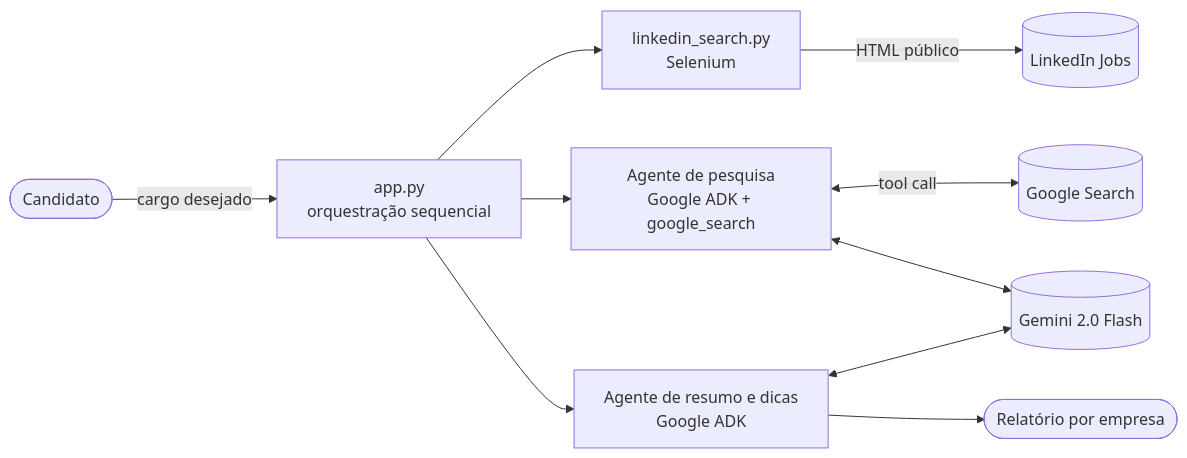
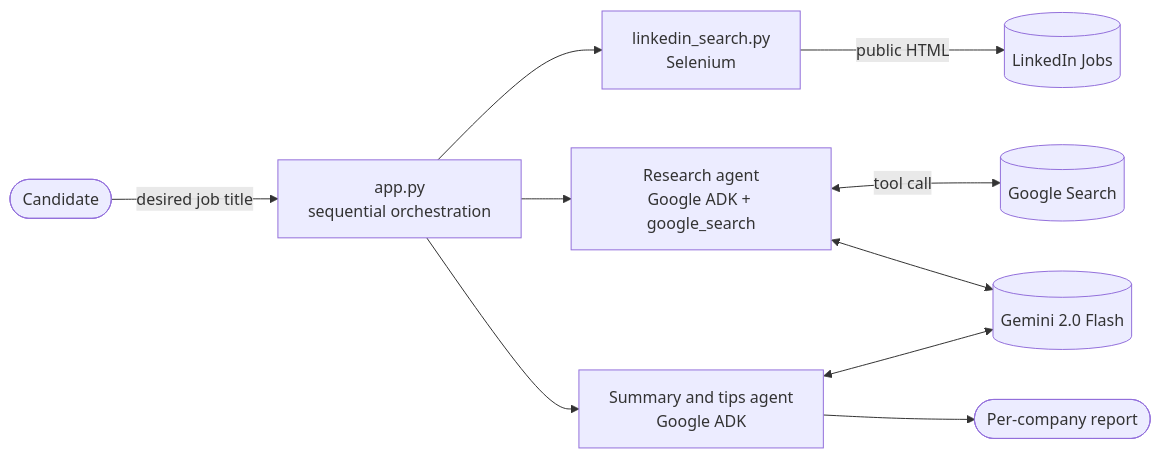
Before and after one commit to dgmodesto/ai-find-job-flow: the first of 2 diagrams in README.md, drawn with Mermaid. The commit also changed other lines of this file, not shown here.

````diff
--- a/README.md
+++ b/README.md
@@ -9,11 +9,11 @@
 ```mermaid
 flowchart LR
-    U([Candidato]) -->|cargo desejado| APP[app.py<br/>orquestração sequencial]
+    U([Candidate]) -->|desired job title| APP[app.py<br/>sequential orchestration]
     APP --> LI[linkedin_search.py<br/>Selenium]
-    APP --> A1[Agente de pesquisa<br/>Google ADK + google_search]
-    APP --> A2[Agente de resumo e dicas<br/>Google ADK]
-    LI -->|HTML público| LNK[(LinkedIn Jobs)]
+    APP --> A1[Research agent<br/>Google ADK + google_search]
+    APP --> A2[Summary and tips agent<br/>Google ADK]
+    LI -->|public HTML| LNK[(LinkedIn Jobs)]
     A1 <-->|tool call| GS[(Google Search)]
     A1 & A2 <--> GEM[(Gemini 2.0 Flash)]
-    A2 --> OUT([Relatório por empresa])
+    A2 --> OUT([Per-company report])
 ```
````
